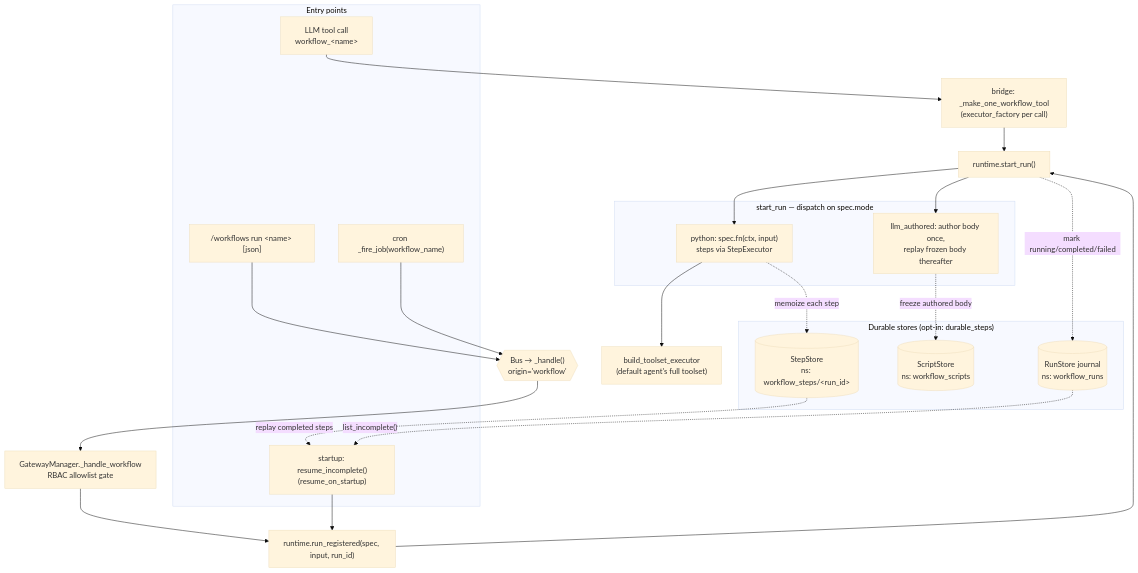
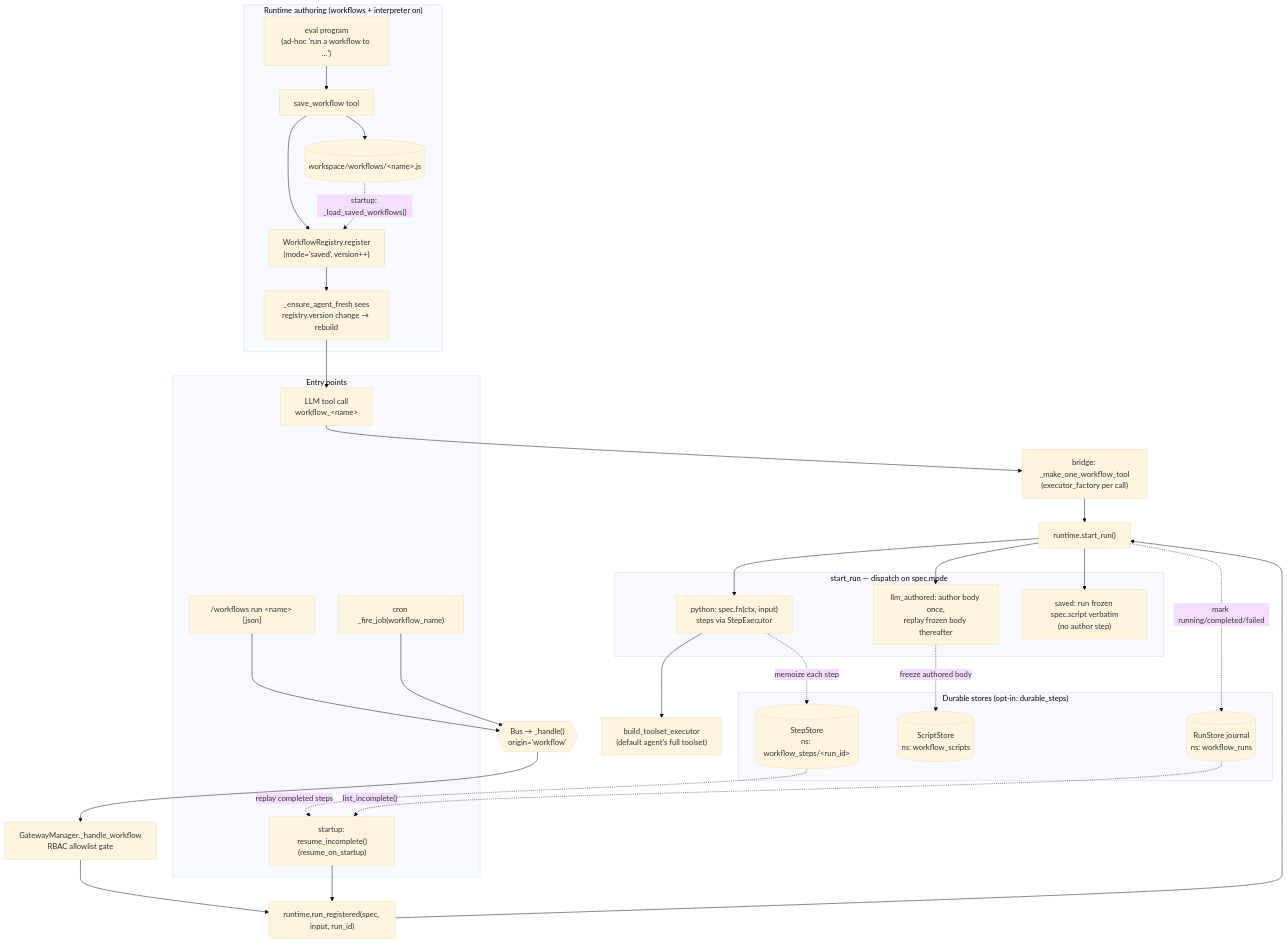
Before and after one commit to tisu19021997/langclaw: the fourth of 4 diagrams in docs/ARCHITECTURE.md, drawn with Mermaid (base theme). The commit also changed other lines of this file and 16 other files, not shown here.

````diff
--- a/docs/ARCHITECTURE.md
+++ b/docs/ARCHITECTURE.md
@@ -114,42 +114,56 @@
 ```mermaid
 flowchart TB
     subgraph Entry["Entry points"]
         T["LLM tool call<br/>workflow_&lt;name&gt;"]
         CMD["/workflows run &lt;name&gt; [json]"]
         CR["cron _fire_job(workflow_name)"]
         RS["startup: resume_incomplete()<br/>(resume_on_startup)"]
     end
 
     BR["bridge: _make_one_workflow_tool<br/>(executor_factory per call)"]
     BUS{{"Bus → _handle()<br/>origin='workflow'"}}
     HW["GatewayManager._handle_workflow<br/>RBAC allowlist gate"]
     RR["runtime.run_registered(spec, input, run_id)"]
     SR["runtime.start_run()"]
 
     T --> BR --> SR
     CMD --> BUS --> HW --> RR
     CR --> BUS
     RR --> SR
     RS --> RR
 
     subgraph Dispatch["start_run — dispatch on spec.mode"]
         PY["python: spec.fn(ctx, input)<br/>steps via StepExecutor"]
         L2["llm_authored: author body once,<br/>replay frozen body thereafter"]
+        SV["saved: run frozen spec.script verbatim<br/>(no author step)"]
     end
     SR --> PY
     SR --> L2
+    SR --> SV
 
     EX["build_toolset_executor<br/>(default agent's full toolset)"]
     PY --> EX
+
+    subgraph Authoring["Runtime authoring (workflows + interpreter on)"]
+        EV["eval program<br/>(ad-hoc 'run a workflow to …')"]
+        SW["save_workflow tool"]
+        REG["WorkflowRegistry.register<br/>(mode='saved', version++)"]
+        FILE[("workspace/workflows/&lt;name&gt;.js")]
+        RB["_ensure_agent_fresh sees<br/>registry.version change → rebuild"]
+    end
+    EV --> SW --> REG --> RB
+    SW --> FILE
+    RB --> T
+    FILE -. "startup: _load_saved_workflows()" .-> REG
 
     subgraph Stores["Durable stores (opt-in: durable_steps)"]
         SS[("StepStore<br/>ns: workflow_steps/&lt;run_id&gt;")]
         SC[("ScriptStore<br/>ns: workflow_scripts")]
         RJ[("RunStore journal<br/>ns: workflow_runs")]
     end
     PY -. "memoize each step" .-> SS
     L2 -. "freeze authored body" .-> SC
     SR -. "mark running/completed/failed" .-> RJ
     RJ -. "list_incomplete()" .-> RS
     SS -. "replay completed steps" .-> RS
 ```
````
